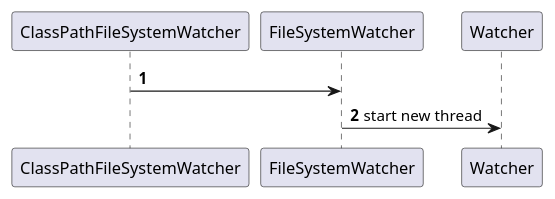
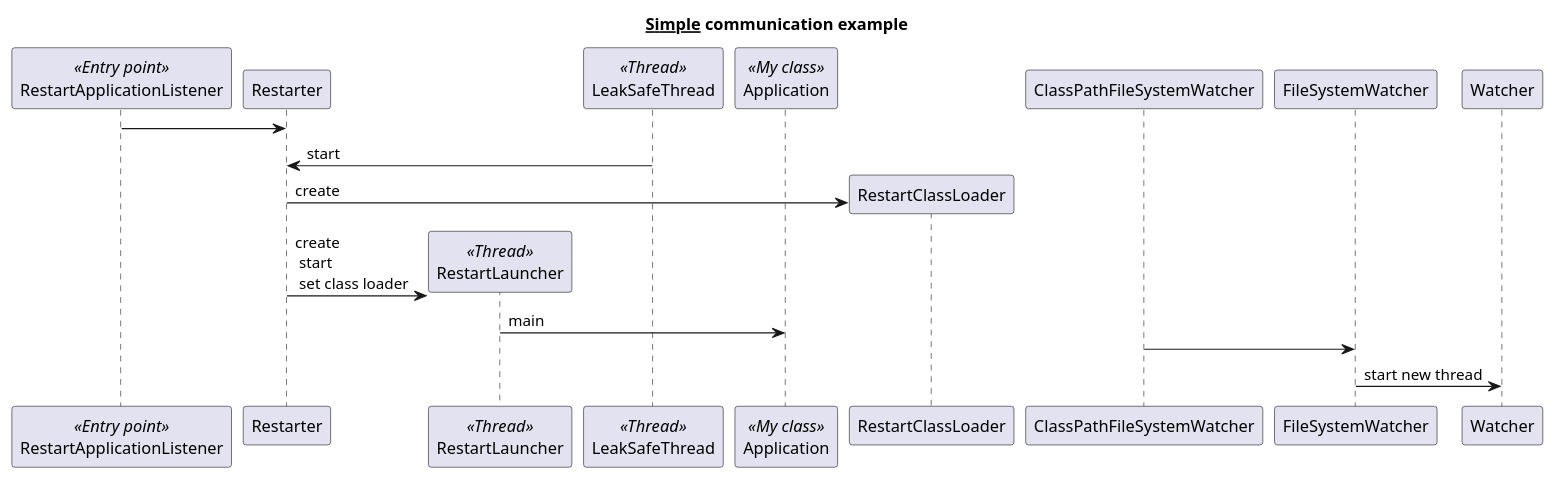
The first of 2 diagrams in learn-java/framework/spring-boot/spring-dev-tools/spring-dev-tool.puml (sergeyzolotukhin/learn-java-gradle), drawn with PlantUML before and after one commit. The commit also changed other lines of this file, not shown here.

Commit message:
undertow jboss

```diff
--- a/learn-java/framework/spring-boot/spring-dev-tools/spring-dev-tool.puml
+++ b/learn-java/framework/spring-boot/spring-dev-tools/spring-dev-tool.puml
@@ -1,9 +1,23 @@
 @startuml
+
+title __Simple__ **communication** example
+
 'https://plantuml.com/sequence-diagram
 
-autonumber
+participant RestartApplicationListener << Entry point >>
+participant Restarter
+participant RestartLauncher << Thread >>
+participant LeakSafeThread << Thread >>
+participant Application <<My class>>
+
+RestartApplicationListener -> Restarter
+LeakSafeThread -> Restarter : start
+Restarter -> RestartClassLoader ** : create
+Restarter -> RestartLauncher ** :create \n start \n set class loader
+RestartLauncher -> Application : main
+
 
 ClassPathFileSystemWatcher -> FileSystemWatcher
 FileSystemWatcher -> Watcher: start new thread
 
 @enduml
```
